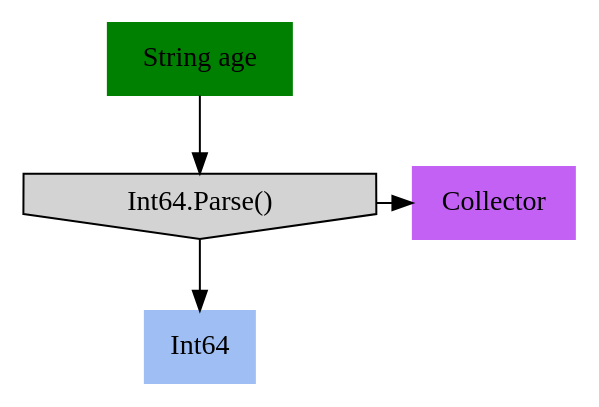
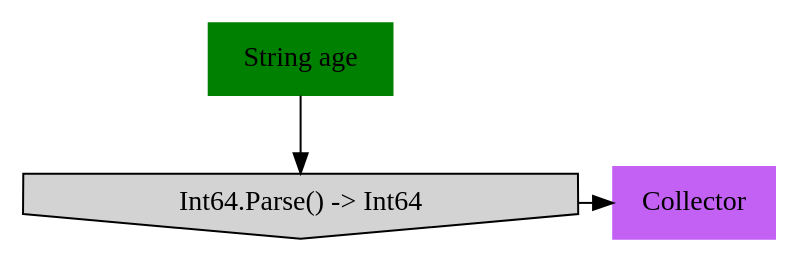
Before and after one commit to refactoring-pipelines/Pipelines: the diagram in Pipelines.Test/PipelineTests.BasicPipelineTest.approved.dot, drawn with Graphviz. The commit also changed 9 other files, not shown here.

First line of the commit message:
Extract graph printing to its own class

```diff
--- a/Pipelines.Test/PipelineTests.BasicPipelineTest.approved.dot
+++ b/Pipelines.Test/PipelineTests.BasicPipelineTest.approved.dot
@@ -1,16 +1,13 @@
-digraph G {
-node [style=filled, shape=rec]
+digraph G { node [style=filled, shape=rec]
 
 "String age" [color=green]
+"Int64.Parse() -> Int64" [shape=invhouse]
+Collector0 [label="Collector", color="#c361f4"]
 
-"String age" -> "Int64.Parse()" -> {Int64, Collector0}
+"Int64.Parse() -> Int64" -> Collector0
+{ rank=same; "Int64.Parse() -> Int64", Collector0}
 
-Collector0 [label="Collector", color="#c361f4"]
-{ rank=same; "Int64.Parse()", Collector0}
-
-Int64 [color="#9fbff4"]
-"Int64.Parse()" [shape=invhouse]
-
+"String age" -> "Int64.Parse() -> Int64"
 
 
 }
```
